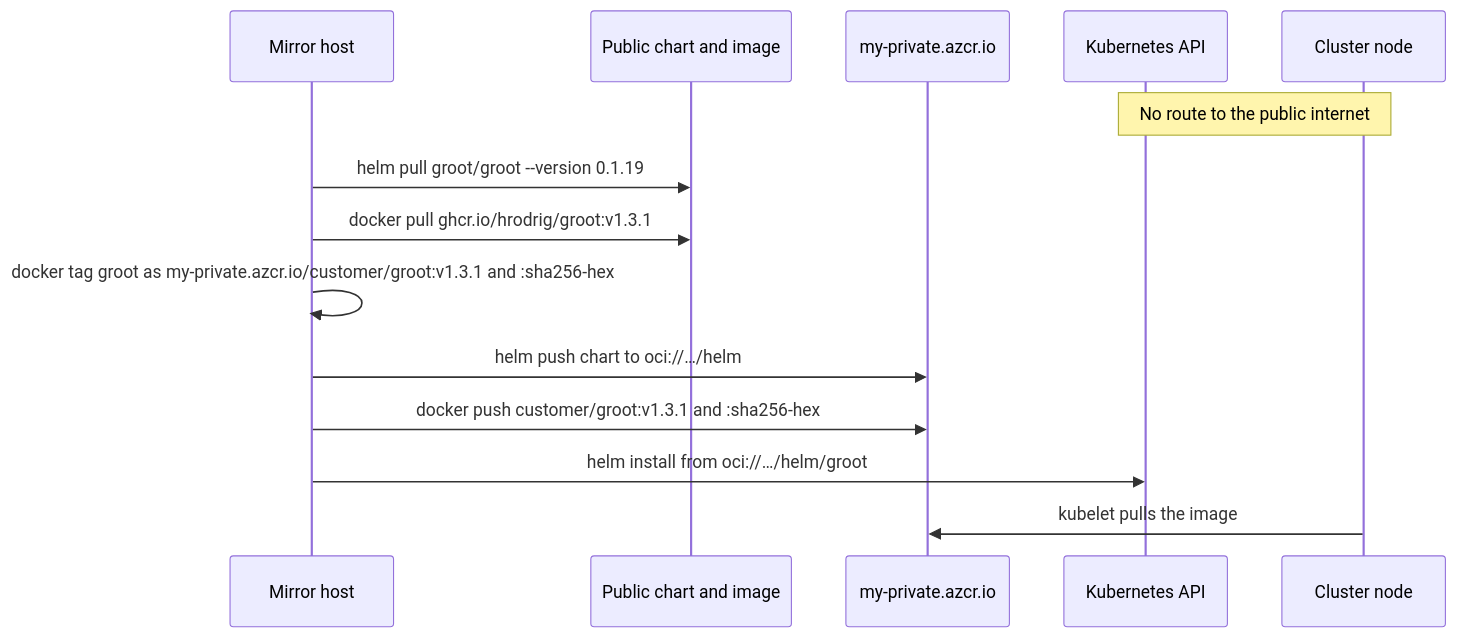
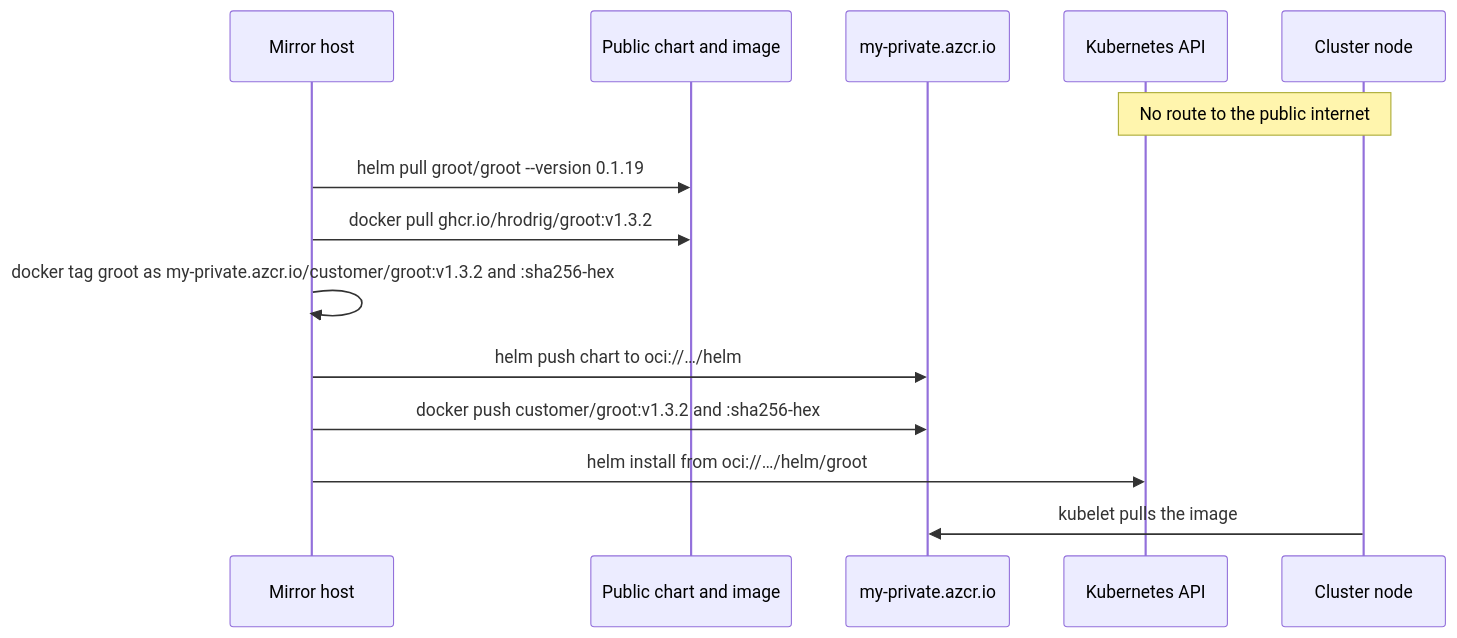
Before and after one commit to hrodrig/groot-selfhosted: the diagram in run/deploy/private-registry.md, drawn with Mermaid. The commit also changed other lines of this file and 15 other files, not shown here.

````diff
--- a/run/deploy/private-registry.md
+++ b/run/deploy/private-registry.md
@@ -19,17 +19,17 @@
 ```mermaid
 sequenceDiagram
   participant Op as Mirror host
   participant Pub as Public chart and image
   participant Reg as my-private.azcr.io
   participant API as Kubernetes API
   participant Node as Cluster node
 
   Note over API,Node: No route to the public internet
   Op->>Pub: helm pull groot/groot --version 0.1.19
-  Op->>Pub: docker pull ghcr.io/hrodrig/groot:v1.3.1
-  Op->>Op: docker tag groot as my-private.azcr.io/customer/groot:v1.3.1 and :sha256-hex
+  Op->>Pub: docker pull ghcr.io/hrodrig/groot:v1.3.2
+  Op->>Op: docker tag groot as my-private.azcr.io/customer/groot:v1.3.2 and :sha256-hex
   Op->>Reg: helm push chart to oci://…/helm
-  Op->>Reg: docker push customer/groot:v1.3.1 and :sha256-hex
+  Op->>Reg: docker push customer/groot:v1.3.2 and :sha256-hex
   Op->>API: helm install from oci://…/helm/groot
   Node->>Reg: kubelet pulls the image
 ```
````
